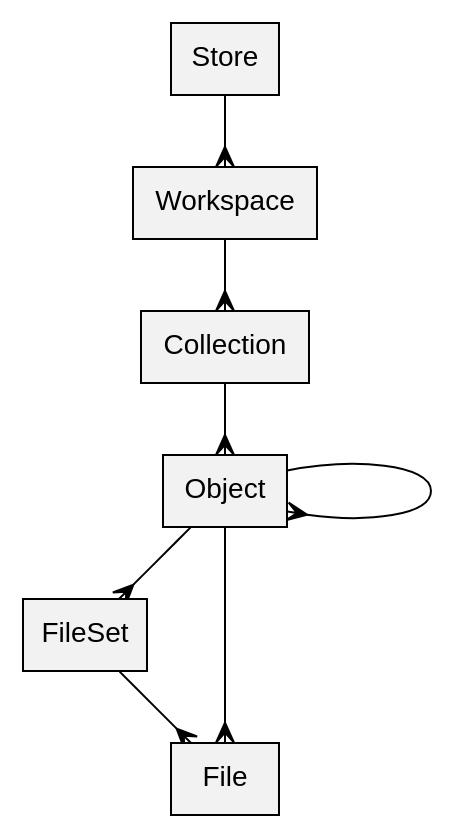
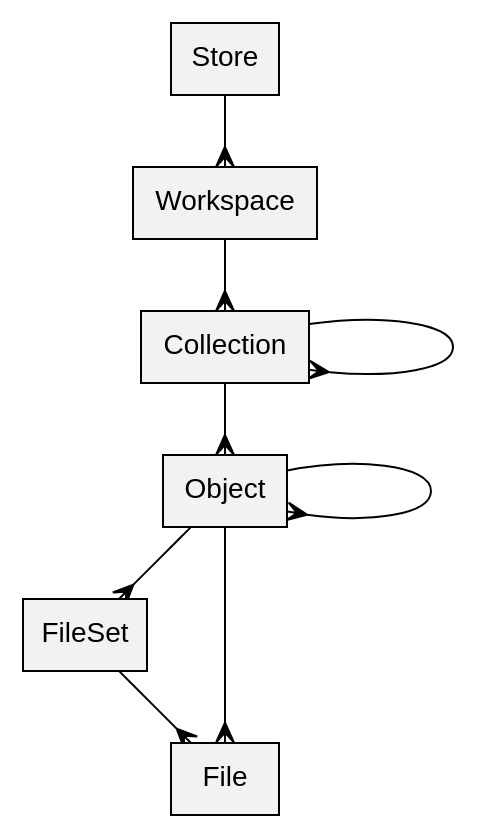
Before and after one commit to dmolesUC/kufi: the diagram in doc/dot/cursive.dot, drawn with Graphviz.

Commit message:
Add collection -> collection loop

```diff
--- a/doc/dot/cursive.dot
+++ b/doc/dot/cursive.dot
@@ -1,10 +1,11 @@
 digraph {
     graph [outputorder = edgesfirst, nodesep = 1]
     node [shape = box, fontname = helvetica, fillcolor = grey95, style = filled]
     edge [arrowhead = crow]
 
     Store -> Workspace
     Workspace -> Collection -> Object -> FileSet -> File
+    Collection -> Collection
     Object -> Object
     Object -> File
 }
```
